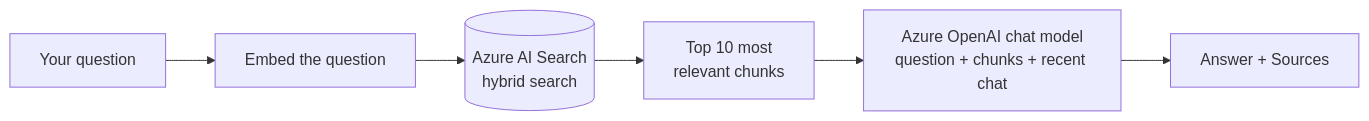
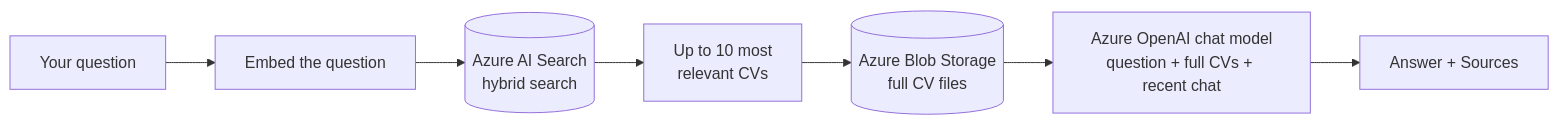
One commit to sherif2004/chat-with-cv changed the second of 3 diagrams in README.md. Above: the diagram before and after it, drawn with Mermaid. The commit also changed other lines of this file, not shown here.

Commit message:
Document full-CV answering in README

````diff
--- a/README.md
+++ b/README.md
@@ -76,8 +76,9 @@
 ```mermaid
 flowchart LR
     Q["Your question"] --> E["Embed the question"]
     E --> S[("Azure AI Search<br/>hybrid search")]
-    S --> T["Top 10 most<br/>relevant chunks"]
-    T --> M["Azure OpenAI chat model<br/>question + chunks + recent chat"]
+    S --> T["Up to 10 most<br/>relevant CVs"]
+    T --> B[("Azure Blob Storage<br/>full CV files")]
+    B --> M["Azure OpenAI chat model<br/>question + full CVs + recent chat"]
     M --> R["Answer + Sources"]
 ```
````
